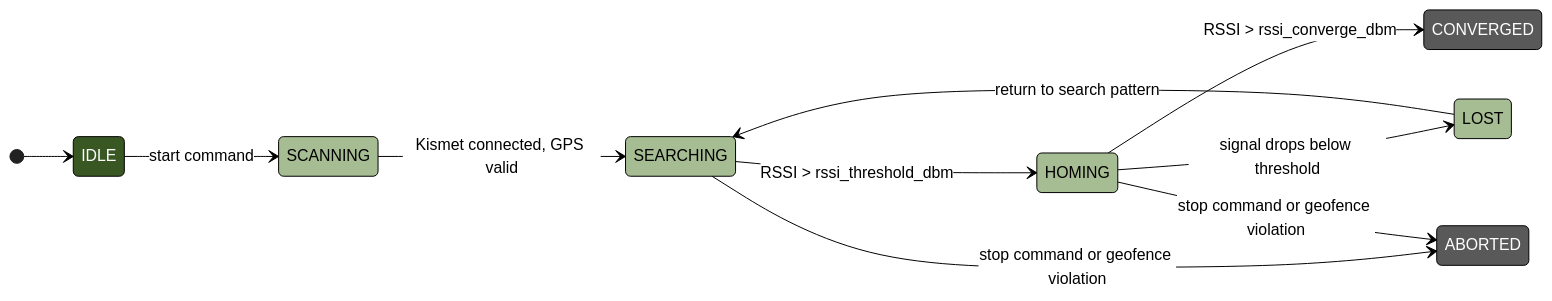
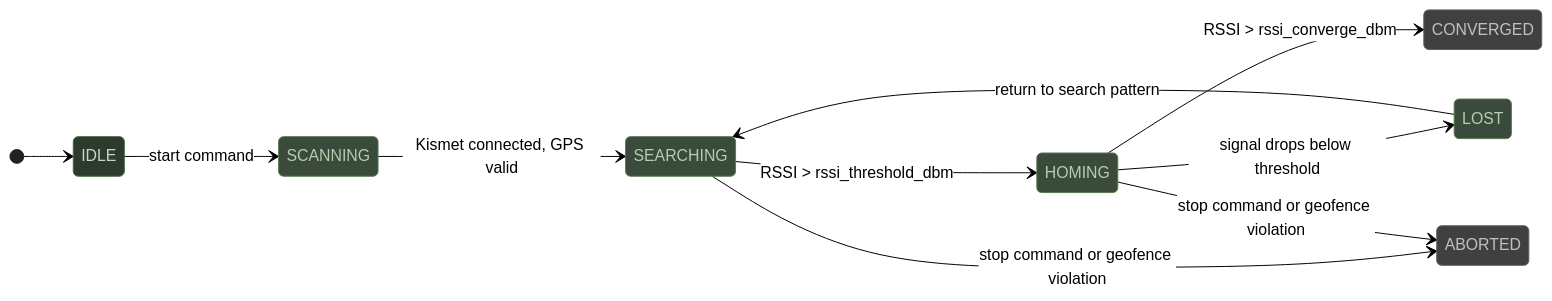
Before and after one commit to rmeadomavic/Hydra: the diagram in docs/rf-homing.md, drawn with Mermaid (neutral theme). The commit also changed 8 other files, not shown here.

First line of the commit message:
docs: polish pass — standardize Mermaid palette, tighten tone, add diagrams

````diff
--- a/docs/rf-homing.md
+++ b/docs/rf-homing.md
@@ -9,18 +9,18 @@
 ```mermaid
 stateDiagram-v2
     direction LR
 
-    classDef idle fill:#385723,color:#fff
-    classDef active fill:#A6BC92,color:#000
-    classDef done fill:#595959,color:#fff
+    classDef idle fill:#2d3a2e,color:#c8d8c0,stroke:#4a6741
+    classDef active fill:#3a4a3b,color:#b8ccb0,stroke:#5a7751
+    classDef terminal fill:#404040,color:#c0c0c0,stroke:#606060
 
     [*] --> IDLE:::idle
     IDLE --> SCANNING:::active : start command
     SCANNING --> SEARCHING:::active : Kismet connected, GPS valid
     SEARCHING --> HOMING:::active : RSSI > rssi_threshold_dbm
-    HOMING --> CONVERGED:::done : RSSI > rssi_converge_dbm
+    HOMING --> CONVERGED:::terminal : RSSI > rssi_converge_dbm
     HOMING --> LOST:::active : signal drops below threshold
     LOST --> SEARCHING:::active : return to search pattern
-    SEARCHING --> ABORTED:::done : stop command or geofence violation
-    HOMING --> ABORTED:::done : stop command or geofence violation
+    SEARCHING --> ABORTED:::terminal : stop command or geofence violation
+    HOMING --> ABORTED:::terminal : stop command or geofence violation
 ```
````
